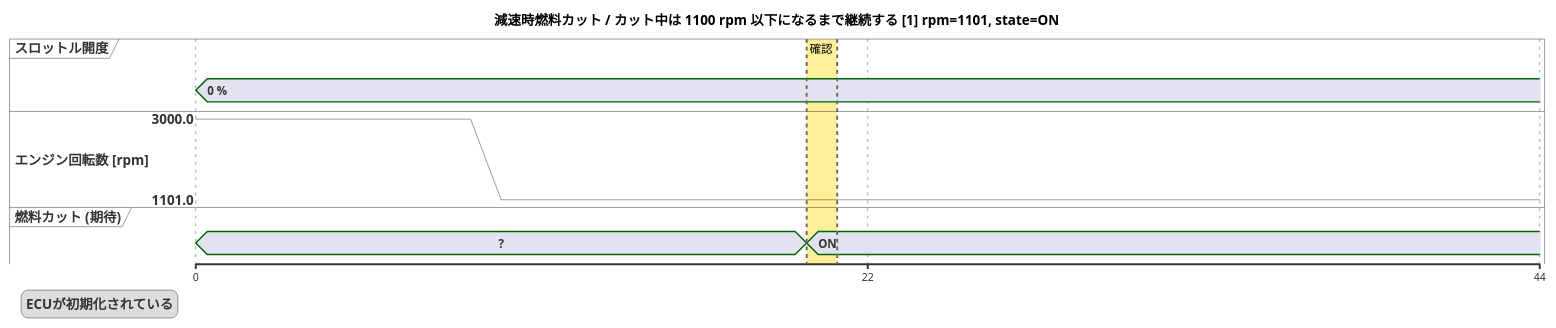
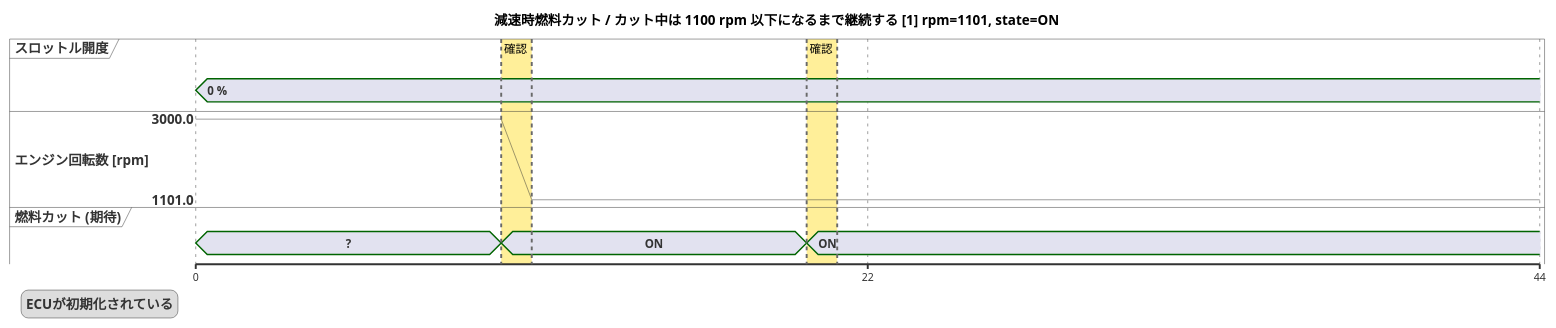
One commit to YitKubo/poc_bdd changed the diagram in charts/decel_fuel_cut/カット中は_1100_rpm_以下になるまで継続する_01.puml. Above: the diagram before and after it, drawn with PlantUML. The commit also changed 51 other files, not shown here.

```diff
--- a/charts/decel_fuel_cut/カット中は_1100_rpm_以下になるまで継続する_01.puml
+++ b/charts/decel_fuel_cut/カット中は_1100_rpm_以下になるまで継続する_01.puml
@@ -1,26 +1,28 @@
 @startuml
 skinparam defaultFontName IPAGothic
 title 減速時燃料カット / カット中は 1100 rpm 以下になるまで継続する [1] rpm=1101, state=ON
 scale 22 as 700 pixels
 legend left
   ECUが初期化されている
 endlegend
 concise "スロットル開度" as s0
 analog "エンジン回転数 [rpm]" between 1101 and 3000 as s1
 concise "燃料カット (期待)" as s2
 
 @0
 s0 is "0 %"
 s1 is 3000
 s2 is "?"
-@9
+@10
 s1 is 3000
-@10
+s2 is "ON"
+@11
 s1 is 1101
 @20
 s2 is "ON"
 @22
 s1 is 1101
 @22
+highlight 10 to 11 #FFD70066;line:DimGrey : 確認
 highlight 20 to 21 #FFD70066;line:DimGrey : 確認
 @enduml
```
